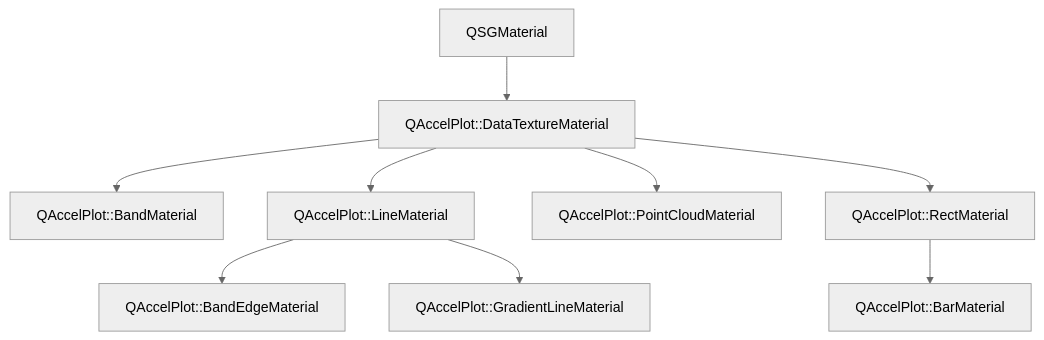
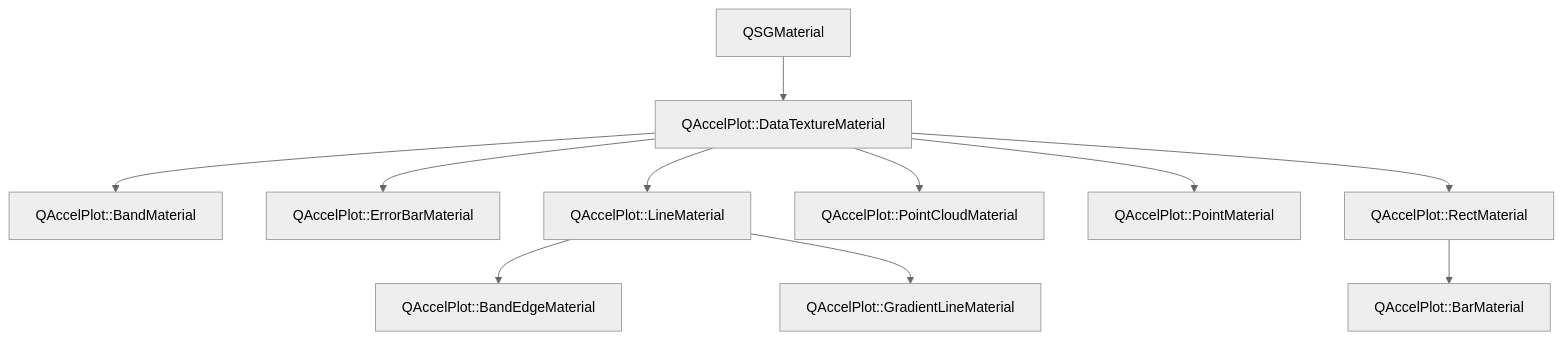
The diagram in latest/assets/.doxy/QAccelPlot/api/classQAccelPlot_1_1DataTextureMaterial.md (michalgrabarczyk/QAccelPlot), drawn with Mermaid (neutral theme) before and after one commit. The commit also changed other lines of this file and 3301 other files, not shown here.

````diff
--- a/latest/assets/.doxy/QAccelPlot/api/classQAccelPlot_1_1DataTextureMaterial.md
+++ b/latest/assets/.doxy/QAccelPlot/api/classQAccelPlot_1_1DataTextureMaterial.md
@@ -32,36 +32,44 @@
 ```mermaid
 flowchart TB
   classQAccelPlot_1_1DataTextureMaterial["QAccelPlot::DataTextureMaterial"]
 
   external_base_classQAccelPlot_1_1DataTextureMaterial_1["QSGMaterial"]
   external_base_classQAccelPlot_1_1DataTextureMaterial_1 --> classQAccelPlot_1_1DataTextureMaterial
 
   classQAccelPlot_1_1BandMaterial["QAccelPlot::BandMaterial"]
   classQAccelPlot_1_1DataTextureMaterial --> classQAccelPlot_1_1BandMaterial
   click classQAccelPlot_1_1BandMaterial "../classQAccelPlot_1_1BandMaterial/" "Open QAccelPlot::BandMaterial"
+
+  classQAccelPlot_1_1ErrorBarMaterial["QAccelPlot::ErrorBarMaterial"]
+  classQAccelPlot_1_1DataTextureMaterial --> classQAccelPlot_1_1ErrorBarMaterial
+  click classQAccelPlot_1_1ErrorBarMaterial "../classQAccelPlot_1_1ErrorBarMaterial/" "Open QAccelPlot::ErrorBarMaterial"
 
   classQAccelPlot_1_1LineMaterial["QAccelPlot::LineMaterial"]
   classQAccelPlot_1_1DataTextureMaterial --> classQAccelPlot_1_1LineMaterial
   click classQAccelPlot_1_1LineMaterial "../classQAccelPlot_1_1LineMaterial/" "Open QAccelPlot::LineMaterial"
 
   classQAccelPlot_1_1BandEdgeMaterial["QAccelPlot::BandEdgeMaterial"]
   classQAccelPlot_1_1LineMaterial --> classQAccelPlot_1_1BandEdgeMaterial
   click classQAccelPlot_1_1BandEdgeMaterial "../classQAccelPlot_1_1BandEdgeMaterial/" "Open QAccelPlot::BandEdgeMaterial"
 
   classQAccelPlot_1_1GradientLineMaterial["QAccelPlot::GradientLineMaterial"]
   classQAccelPlot_1_1LineMaterial --> classQAccelPlot_1_1GradientLineMaterial
   click classQAccelPlot_1_1GradientLineMaterial "../classQAccelPlot_1_1GradientLineMaterial/" "Open QAccelPlot::GradientLineMaterial"
 
   classQAccelPlot_1_1PointCloudMaterial["QAccelPlot::PointCloudMaterial"]
   classQAccelPlot_1_1DataTextureMaterial --> classQAccelPlot_1_1PointCloudMaterial
   click classQAccelPlot_1_1PointCloudMaterial "../classQAccelPlot_1_1PointCloudMaterial/" "Open QAccelPlot::PointCloudMaterial"
 
+  classQAccelPlot_1_1PointMaterial["QAccelPlot::PointMaterial"]
+  classQAccelPlot_1_1DataTextureMaterial --> classQAccelPlot_1_1PointMaterial
+  click classQAccelPlot_1_1PointMaterial "../classQAccelPlot_1_1PointMaterial/" "Open QAccelPlot::PointMaterial"
+
   classQAccelPlot_1_1RectMaterial["QAccelPlot::RectMaterial"]
   classQAccelPlot_1_1DataTextureMaterial --> classQAccelPlot_1_1RectMaterial
   click classQAccelPlot_1_1RectMaterial "../classQAccelPlot_1_1RectMaterial/" "Open QAccelPlot::RectMaterial"
 
   classQAccelPlot_1_1BarMaterial["QAccelPlot::BarMaterial"]
   classQAccelPlot_1_1RectMaterial --> classQAccelPlot_1_1BarMaterial
   click classQAccelPlot_1_1BarMaterial "../classQAccelPlot_1_1BarMaterial/" "Open QAccelPlot::BarMaterial"
 
 ```
````
